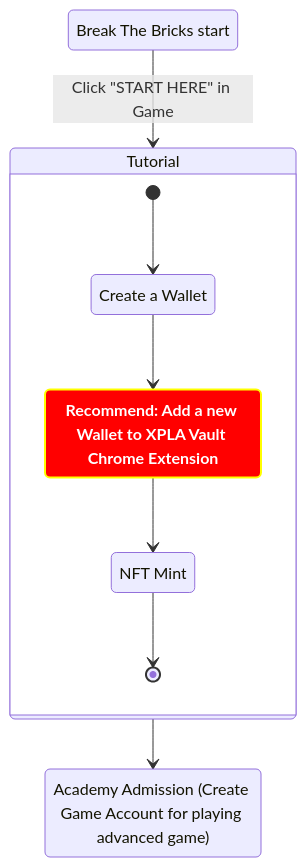
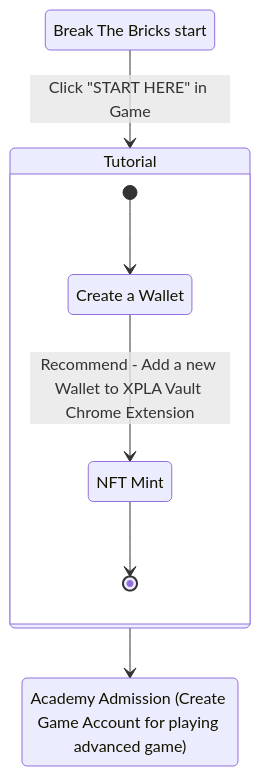
Before and after one commit to xpladev/academy: the first of 2 diagrams in docs/1-overview/2-gameArchitecture.mdx, drawn with Mermaid.

Commit message:
Fix : Fix gameArchitecture

````diff
--- a/docs/1-overview/2-gameArchitecture.mdx
+++ b/docs/1-overview/2-gameArchitecture.mdx
@@ -10,21 +10,17 @@
 ```mermaid
 stateDiagram-v2
-    classDef CriticalEvent fill:#f00,color:white,font-weight:bold,stroke-width:2px,stroke:yellow
     
     BTBG : Break The Bricks start
     CAW : Create a Wallet
-    state "Recommend: Add a new Wallet to XPLA Vault Chrome Extension" as Recommend
     NM : NFT Mint
     AA : Academy Admission (Create Game Account for playing advanced game)
 
     BTBG --> Tutorial : Click "START HERE" in Game
     state Tutorial {
         [*] --> CAW
-        CAW --> Recommend
-        Recommend --> NM
+        CAW --> NM : Recommend - Add a new Wallet to XPLA Vault Chrome Extension
         NM --> [*]
     }
     Tutorial --> AA
 
-    class Recommend CriticalEvent
 ```
````
